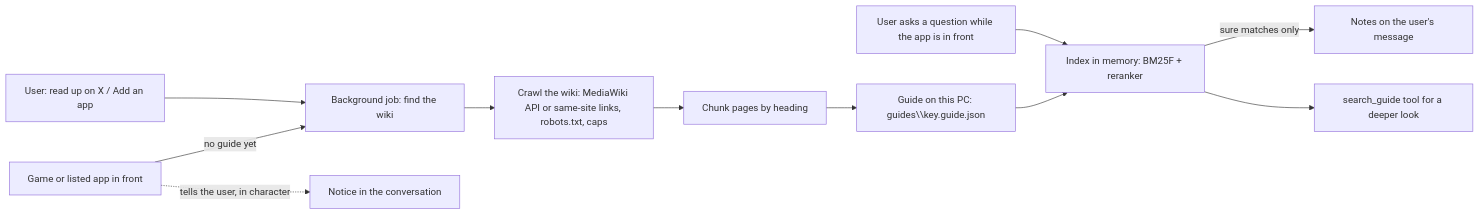
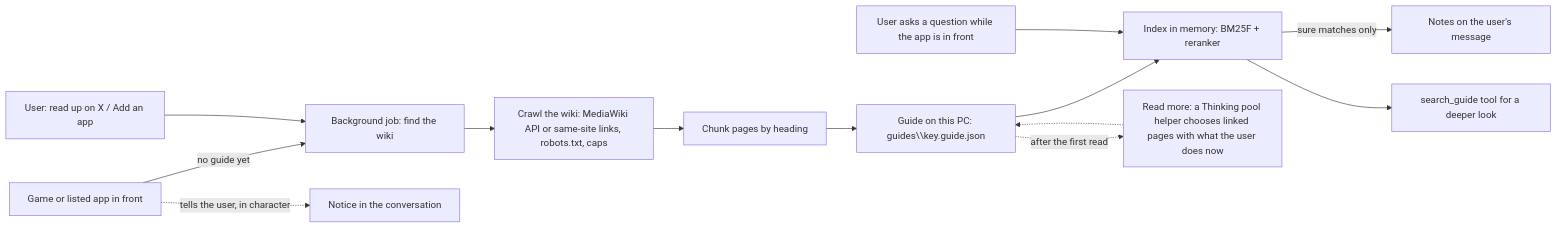
One commit to throndir2/Martlet changed the diagram in docs/APP_GUIDES.md. Above: the diagram before and after it, drawn with Mermaid. The commit also changed other lines of this file and 18 other files, not shown here.

First line of the commit message:
App guides: read a game's own wiki pages first, at most 200, then let a Thinking pool helper choose more

````diff
--- a/docs/APP_GUIDES.md
+++ b/docs/APP_GUIDES.md
@@ -57,13 +62,15 @@
 ```mermaid
 flowchart LR
     A[Game or listed app in front] -->|no guide yet| C[Background job: find the wiki]
     A -.->|tells the user, in character| B[Notice in the conversation]
     U[User: read up on X / Add an app] --> C
     C --> D[Crawl the wiki: MediaWiki API or same-site links, robots.txt, caps]
     D --> E[Chunk pages by heading]
     E --> F[Guide on this PC: guides\\key.guide.json]
     F --> G[Index in memory: BM25F + reranker]
+    F -.->|after the first read| M[Read more: a Thinking pool helper chooses linked pages with what the user does now]
+    M -.-> F
     Q[User asks a question while the app is in front] --> G
     G -->|sure matches only| N[Notes on the user's message]
     G --> T[search_guide tool for a deeper look]
 ```
````
